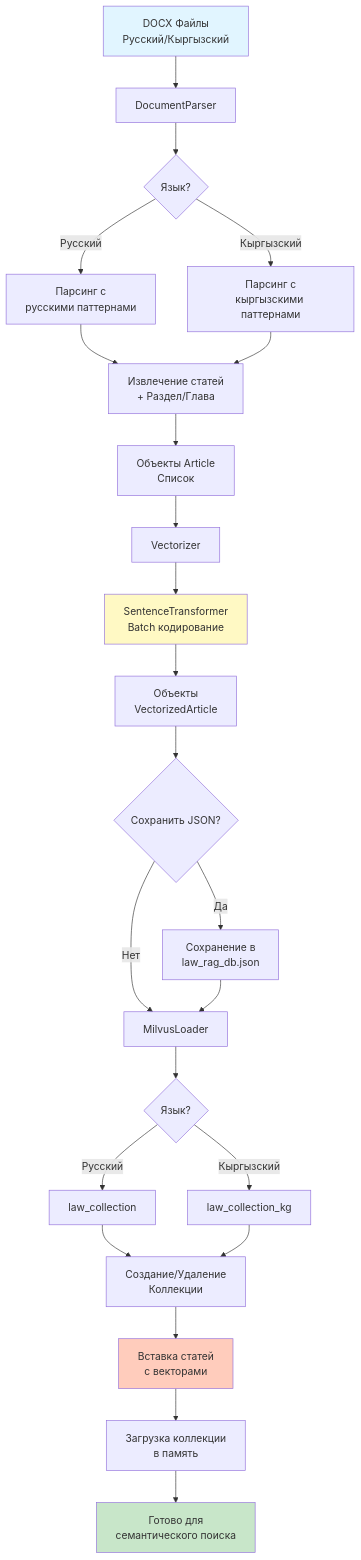
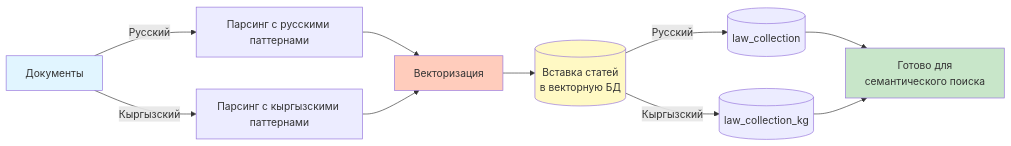
One commit to Hanbiike/law-rag-system changed the first of 5 diagrams in README.ru.md. Above: the diagram before and after it, drawn with Mermaid. The commit also changed other lines of this file and 9 other files, not shown here.

````diff
--- a/README.ru.md
+++ b/README.ru.md
@@ -246,38 +246,17 @@
 ```mermaid
-flowchart TD
-    A[DOCX Файлы<br/>Русский/Кыргызский] --> B[DocumentParser]
-    B --> C{Язык?}
-    
-    C -->|Русский| D1[Парсинг с<br/>русскими паттернами]
-    C -->|Кыргызский| D2[Парсинг с<br/>кыргызскими паттернами]
-    
-    D1 --> E[Извлечение статей<br/>+ Раздел/Глава]
-    D2 --> E
-    
-    E --> F[Объекты Article<br/>Список]
-    F --> G[Vectorizer]
-    
-    G --> H[SentenceTransformer<br/>Batch кодирование]
-    H --> I[Объекты<br/>VectorizedArticle]
-    
-    I --> J{Сохранить JSON?}
-    J -->|Да| K[Сохранение в<br/>law_rag_db.json]
-    J -->|Нет| L[MilvusLoader]
-    K --> L
-    
-    L --> M{Язык?}
-    M -->|Русский| N1[law_collection]
-    M -->|Кыргызский| N2[law_collection_kg]
-    
-    N1 --> O[Создание/Удаление<br/>Коллекции]
+flowchart LR
+    A["Документы"] -- Русский --> D1["Парсинг с русскими паттернами"]
+    A -- Кыргызский --> D2["Парсинг с кыргызскими паттернами"]
+    D1 --> G["Векторизация"]
+    D2 --> G
+    G --> L[("Вставка статей<br>в векторную БД")]
+    L -- Русский --> N1[("law_collection")]
+    L -- Кыргызский --> N2[("law_collection_kg")]
+    N1 --> O["Готово для<br>семантического поиска"]
     N2 --> O
-    
-    O --> P[Вставка статей<br/>с векторами]
-    P --> Q[Загрузка коллекции<br/>в память]
-    Q --> R[Готово для<br/>семантического поиска]
-    
+
     style A fill:#e1f5ff
-    style R fill:#c8e6c9
-    style H fill:#fff9c4
-    style P fill:#ffccbc
+    style G fill:#ffccbc
+    style L fill:#fff9c4
+    style O fill:#c8e6c9
 ```
````
